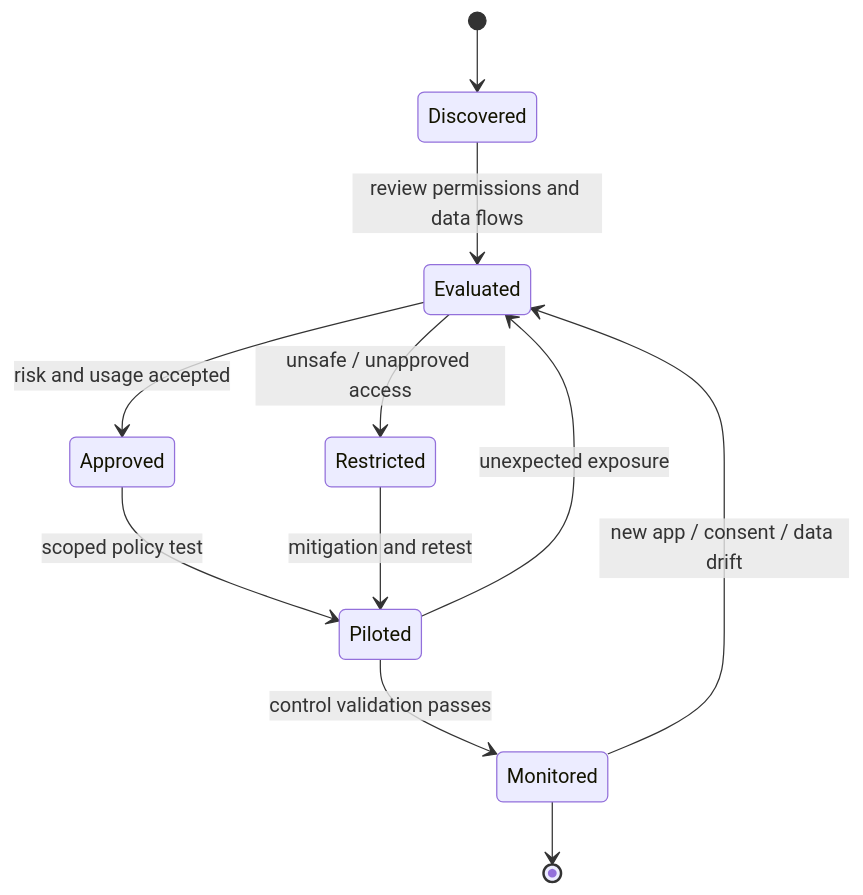
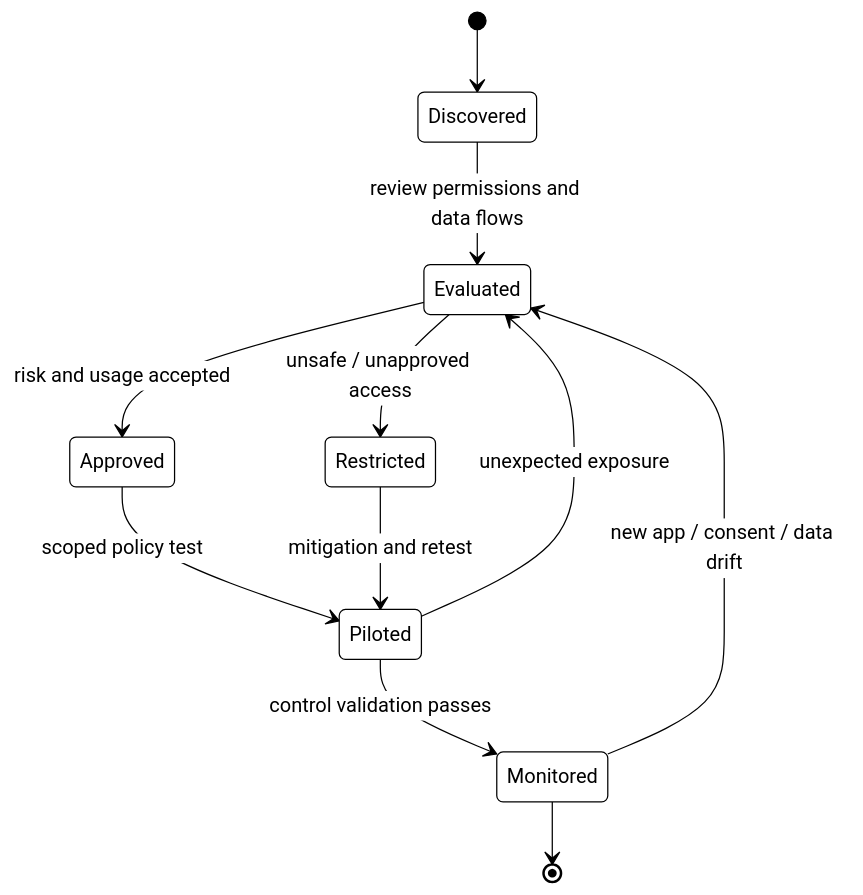
The second of 2 diagrams in docs/services/ip-08-secure-ai-apps-data.md (inthecloudth/service-catalog), drawn with Mermaid before and after one commit. The commit also changed other lines of this file, not shown here.

Commit message:
docs(diagrams): render both Mermaid models in pure black and white

````diff
--- a/docs/services/ip-08-secure-ai-apps-data.md
+++ b/docs/services/ip-08-secure-ai-apps-data.md
@@ -70,13 +71,14 @@
 ```mermaid
+%%{init: {"theme":"base","themeVariables":{"primaryColor":"#ffffff","primaryTextColor":"#000000","primaryBorderColor":"#000000","secondaryColor":"#ffffff","secondaryTextColor":"#000000","secondaryBorderColor":"#000000","tertiaryColor":"#ffffff","tertiaryTextColor":"#000000","tertiaryBorderColor":"#000000","mainBkg":"#ffffff","nodeBorder":"#000000","lineColor":"#000000","textColor":"#000000","nodeTextColor":"#000000","titleColor":"#000000","background":"#ffffff","clusterBkg":"#ffffff","clusterBorder":"#000000","edgeLabelBackground":"#ffffff","labelColor":"#000000","transitionColor":"#000000","altBackground":"#ffffff","fontFamily":"Inter, Arial, sans-serif"}}}%%
 stateDiagram-v2
   [*] --> Discovered
   Discovered --> Evaluated: review permissions and data flows
   Evaluated --> Approved: risk and usage accepted
   Evaluated --> Restricted: unsafe / unapproved access
   Approved --> Piloted: scoped policy test
   Restricted --> Piloted: mitigation and retest
   Piloted --> Monitored: control validation passes
   Piloted --> Evaluated: unexpected exposure
   Monitored --> Evaluated: new app / consent / data drift
   Monitored --> [*]
 ```
````
